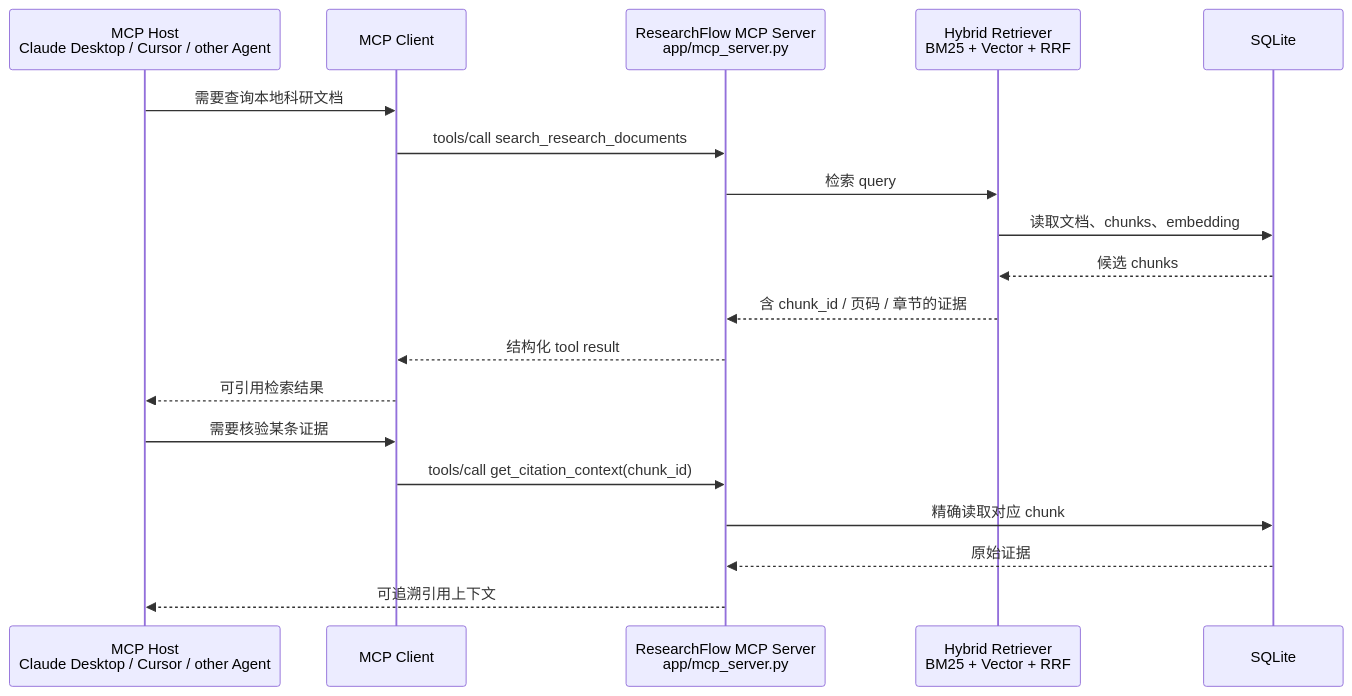
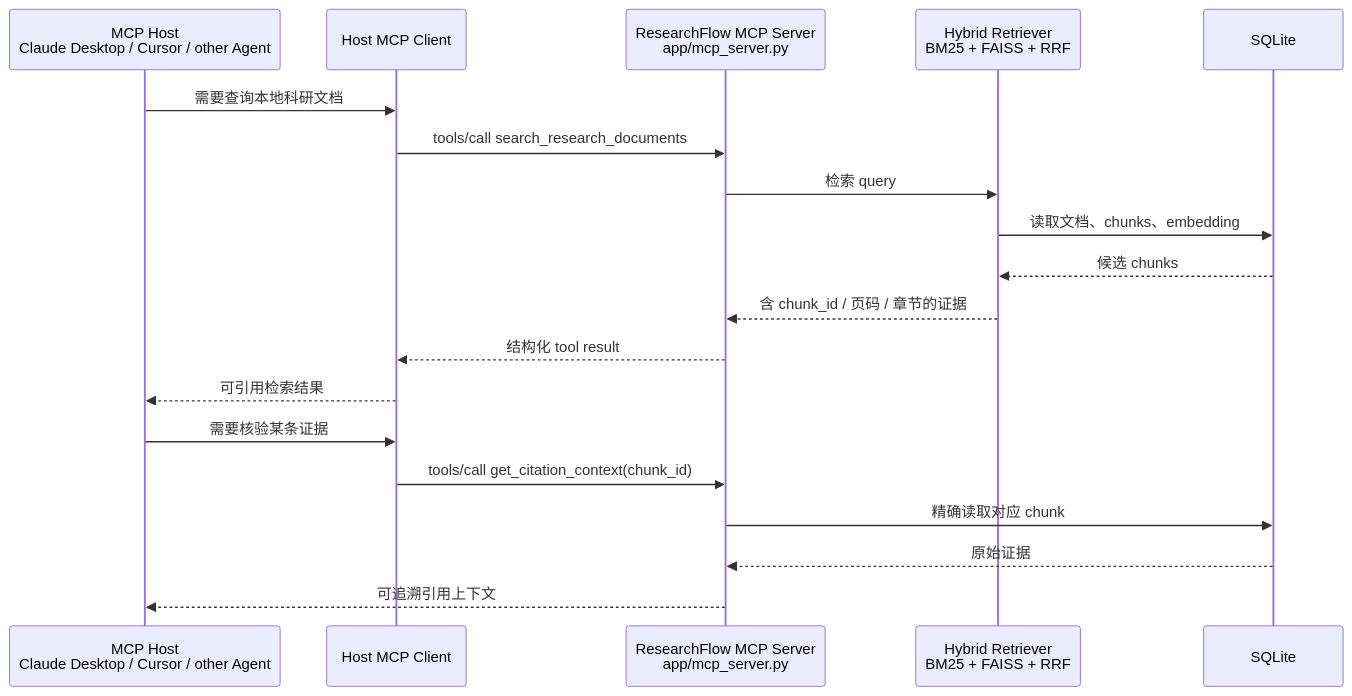
One commit to francis3253161180-maker/researchflow-agent changed the diagram in docs/mcp-integration.md. Above: the diagram before and after it, drawn with Mermaid. The commit also changed other lines of this file and 27 other files, not shown here.

Commit message:
feat: add faiss retrieval and mcp web search

````diff
--- a/docs/mcp-integration.md
+++ b/docs/mcp-integration.md
@@ -7,22 +7,22 @@
 ```mermaid
 sequenceDiagram
     participant H as MCP Host<br/>Claude Desktop / Cursor / other Agent
-    participant C as MCP Client
+    participant C as Host MCP Client
     participant S as ResearchFlow MCP Server<br/>app/mcp_server.py
-    participant R as Hybrid Retriever<br/>BM25 + Vector + RRF
+    participant R as Hybrid Retriever<br/>BM25 + FAISS + RRF
     participant D as SQLite
 
     H->>C: 需要查询本地科研文档
     C->>S: tools/call search_research_documents
     S->>R: 检索 query
     R->>D: 读取文档、chunks、embedding
     D-->>R: 候选 chunks
     R-->>S: 含 chunk_id / 页码 / 章节的证据
     S-->>C: 结构化 tool result
     C-->>H: 可引用检索结果
     H->>C: 需要核验某条证据
     C->>S: tools/call get_citation_context(chunk_id)
     S->>D: 精确读取对应 chunk
     D-->>S: 原始证据
     S-->>H: 可追溯引用上下文
 ```
````
